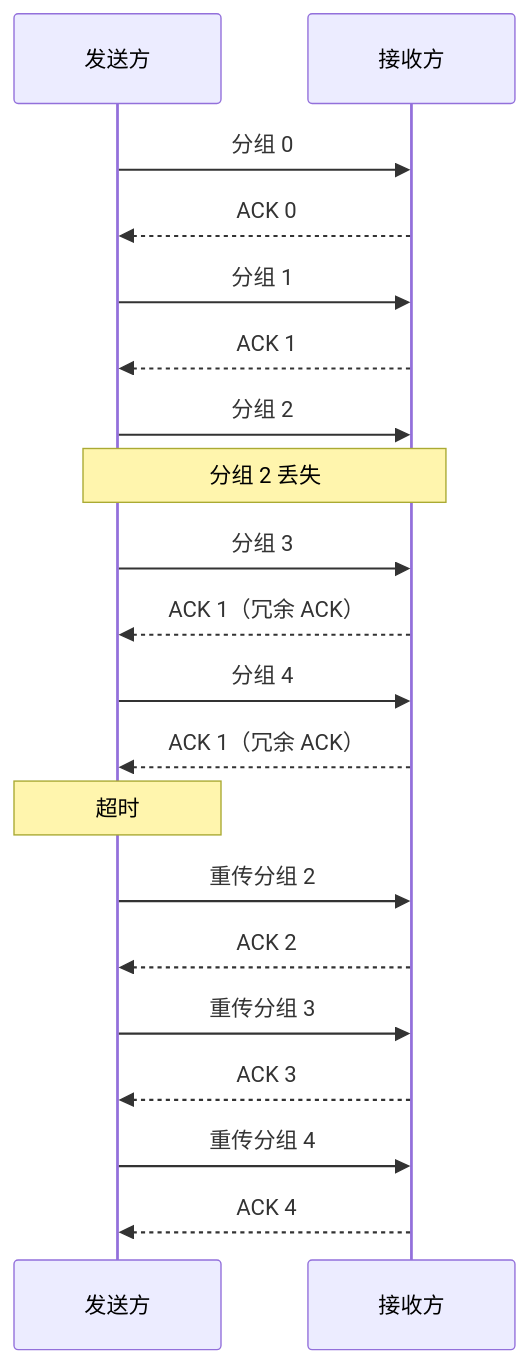
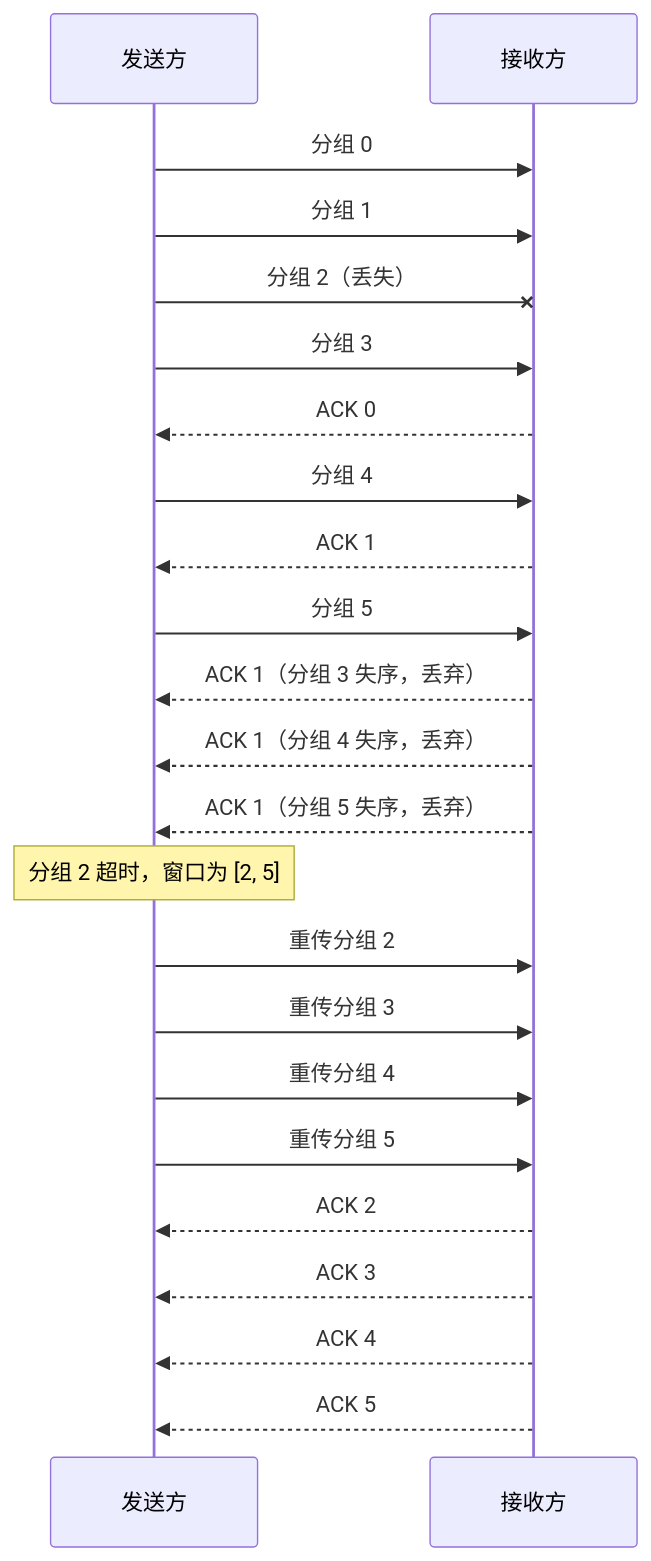
One commit to Meer-Matze/Meer-Matze.github.io changed diagram 15 of 28 in src/content/posts/运输层.md. Above: the diagram before and after it, drawn with Mermaid. The commit also changed other lines of this file and 1 other file, not shown here.

````diff
--- a/src/content/posts/运输层.md
+++ b/src/content/posts/运输层.md
@@ -681,23 +587,25 @@
 ```mermaid
 sequenceDiagram
     participant S as 发送方
     participant R as 接收方
-
     S->>R: 分组 0
+    S->>R: 分组 1
+    S-xR: 分组 2（丢失）
+    S->>R: 分组 3
     R-->>S: ACK 0
-    S->>R: 分组 1
+    S->>R: 分组 4
     R-->>S: ACK 1
-    S->>R: 分组 2
-    Note over S,R: 分组 2 丢失
-    S->>R: 分组 3
-    R-->>S: ACK 1（冗余 ACK）
-    S->>R: 分组 4
-    R-->>S: ACK 1（冗余 ACK）
-    Note over S: 超时
+    S->>R: 分组 5
+    R-->>S: ACK 1（分组 3 失序，丢弃）
+    R-->>S: ACK 1（分组 4 失序，丢弃）
+    R-->>S: ACK 1（分组 5 失序，丢弃）
+    Note over S: 分组 2 超时，窗口为 [2, 5]
     S->>R: 重传分组 2
+    S->>R: 重传分组 3
+    S->>R: 重传分组 4
+    S->>R: 重传分组 5
     R-->>S: ACK 2
-    S->>R: 重传分组 3
     R-->>S: ACK 3
-    S->>R: 重传分组 4
     R-->>S: ACK 4
+    R-->>S: ACK 5
 ```
````
